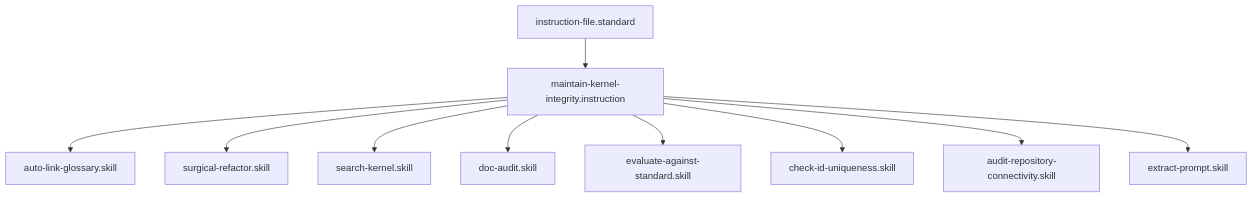
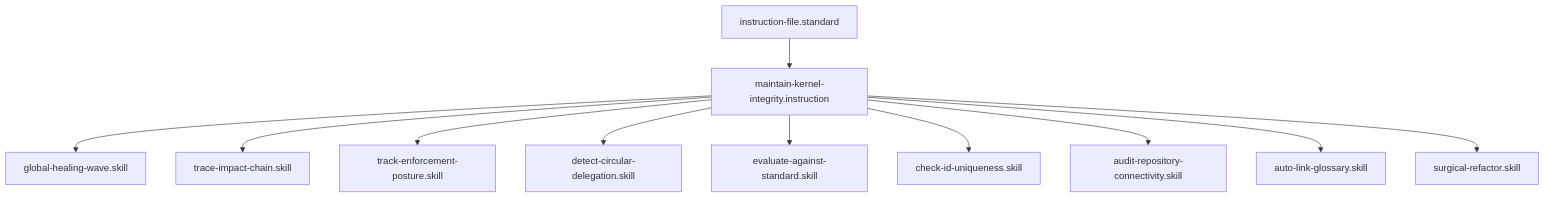
Before and after one commit to Gizmo4Life/ai-kernel: the diagram in instructions/maintain-kernel-integrity.instruction.md, drawn with Mermaid. The commit also changed other lines of this file and 4 other files, not shown here.

````diff
--- a/instructions/maintain-kernel-integrity.instruction.md
+++ b/instructions/maintain-kernel-integrity.instruction.md
@@ -23,12 +23,13 @@
 ```mermaid
 graph TD
     instruction-file.standard --> maintain-kernel-integrity.instruction
-    maintain-kernel-integrity.instruction --> auto-link-glossary[auto-link-glossary.skill]
-    maintain-kernel-integrity.instruction --> surgical-refactor[surgical-refactor.skill]
-    maintain-kernel-integrity.instruction --> search-kernel[search-kernel.skill]
-    maintain-kernel-integrity.instruction --> doc-audit[doc-audit.skill]
+    maintain-kernel-integrity.instruction --> global-healing-wave[global-healing-wave.skill]
+    maintain-kernel-integrity.instruction --> trace-impact-chain[trace-impact-chain.skill]
+    maintain-kernel-integrity.instruction --> track-enforcement-posture[track-enforcement-posture.skill]
+    maintain-kernel-integrity.instruction --> detect-circular-delegation[detect-circular-delegation.skill]
     maintain-kernel-integrity.instruction --> evaluate-against-standard[evaluate-against-standard.skill]
     maintain-kernel-integrity.instruction --> check-id-uniqueness[check-id-uniqueness.skill]
     maintain-kernel-integrity.instruction --> audit-repository-connectivity[audit-repository-connectivity.skill]
-    maintain-kernel-integrity.instruction --> extract-prompt[extract-prompt.skill]
+    maintain-kernel-integrity.instruction --> auto-link-glossary[auto-link-glossary.skill]
+    maintain-kernel-integrity.instruction --> surgical-refactor[surgical-refactor.skill]
 ```
````
